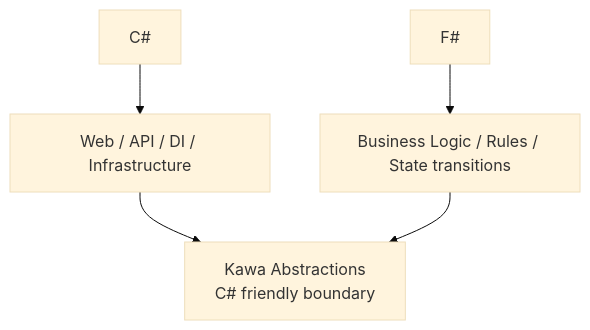
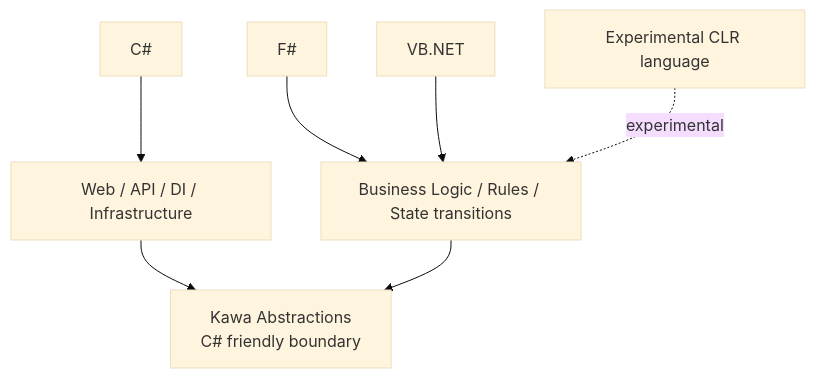
Diagram 23 of 23 in docs/design-principles.md (huideyeren/Kawa), drawn with Mermaid (base theme) before and after one commit. The commit also changed other lines of this file and 13 other files, not shown here.

````diff
--- a/docs/design-principles.md
+++ b/docs/design-principles.md
@@ -1121,13 +1193,17 @@
 ```mermaid
 flowchart TD
     CSharp[C#]
     FSharp[F#]
+    VB[VB.NET]
+    Experimental[Experimental CLR language]
     Web[Web / API / DI / Infrastructure]
     Logic[Business Logic / Rules / State transitions]
     Boundary[Kawa Abstractions<br/>C# friendly boundary]
 
     CSharp --> Web
     FSharp --> Logic
+    VB --> Logic
+    Experimental -.experimental.-> Logic
     Web --> Boundary
     Logic --> Boundary
 ```
````
